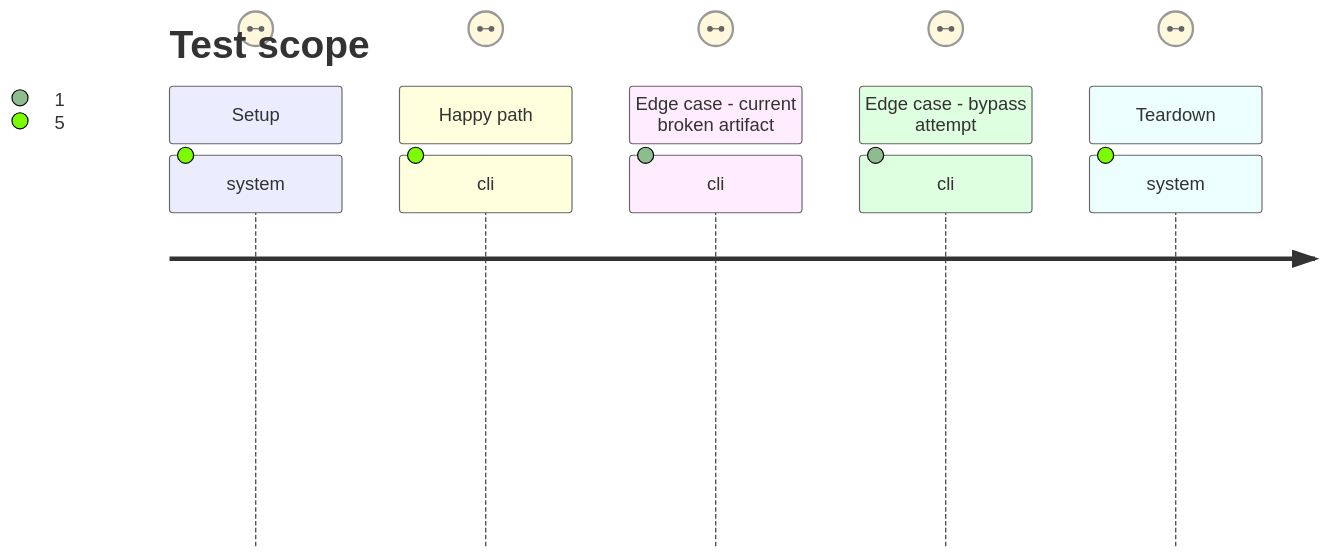
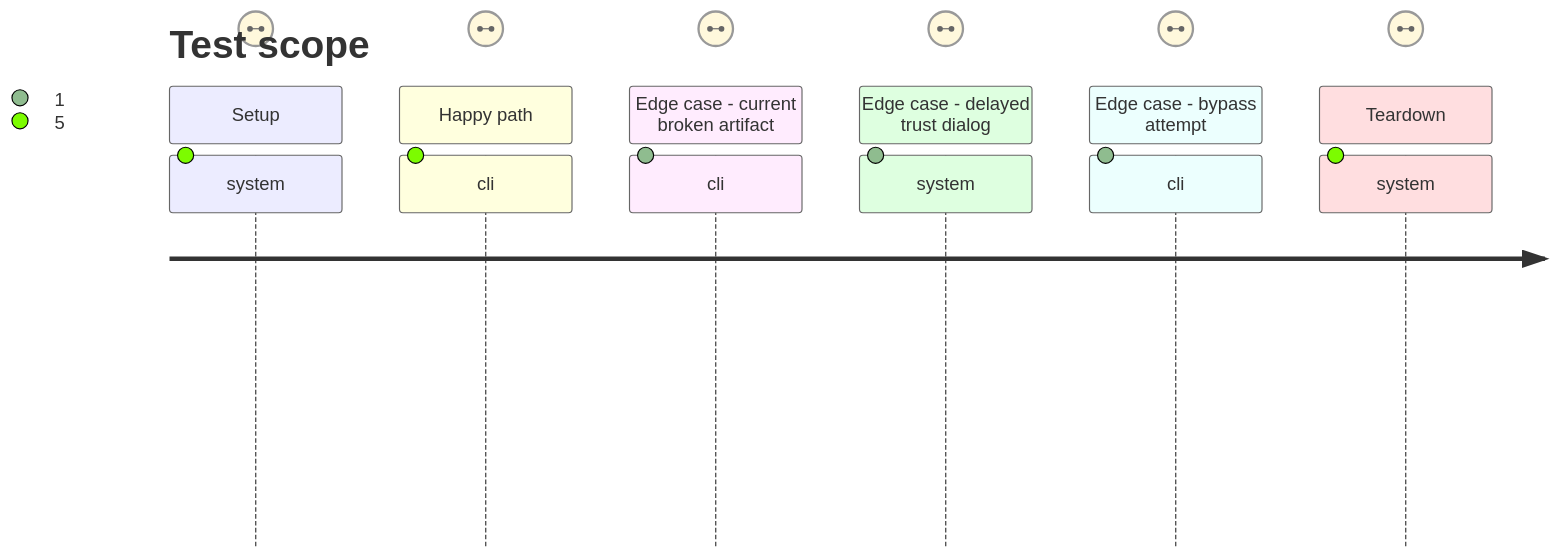
One commit to RebelliousSmile/obsidian-handbook changed the second of 2 diagrams in aidd_docs/tasks/2026_09/2026_09_25_handbook_plugin_load_failure/phase-2.md. Above: the diagram before and after it, drawn with Mermaid. The commit also changed other lines of this file and 13 other files, not shown here.

````diff
--- a/aidd_docs/tasks/2026_09/2026_09_25_handbook_plugin_load_failure/phase-2.md
+++ b/aidd_docs/tasks/2026_09/2026_09_25_handbook_plugin_load_failure/phase-2.md
@@ -44,16 +46,18 @@
 ```mermaid
 ---
 title: Test scope
 ---
 journey
   section Setup
     system: provision frozen dependencies, Python websocket support, Xvfb, and pinned Obsidian 1.13.7 => each release-capable runner has the declared host inputs: 5: system
   section Happy path
     cli: exercise orchestration with deterministic internal proof doubles => evidence is written only after provider, production-build, and host-load results all pass: 5: cli
   section Edge case - current broken artifact
     cli: invoke the public host proof on the v2.29.1 graph => it fails with the phase-1 exception and no passed evidence survives: 1: cli
+  section Edge case - delayed trust dialog
+    system: expose renderer APIs before rendering the vault-trust prompt => the driver waits for trust or an already-enabled state and never reports that timing race as plugin failure: 1: system
   section Edge case - bypass attempt
     cli: remove, skip, reorder, or tolerate a smoke step in CI, release, or train source => the structural assertion fails during pnpm check: 1: cli
   section Teardown
     system: finish a rejected proof => stale evidence, disposable host state, and child processes are absent: 5: system
 ```
````
